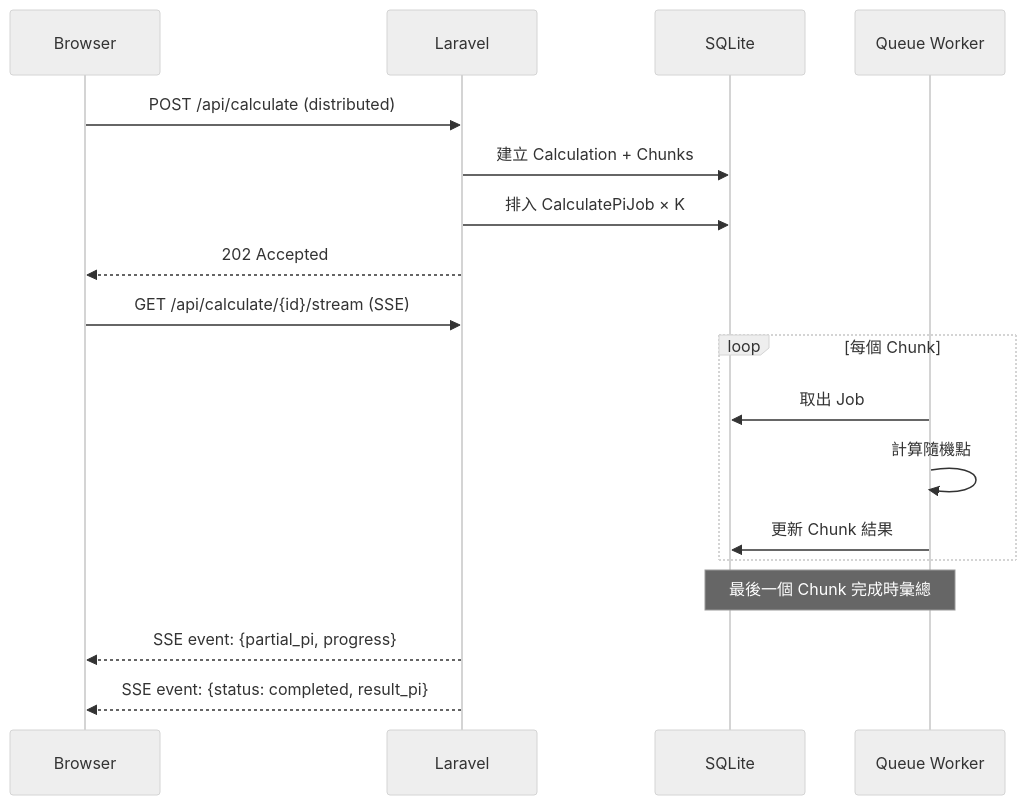
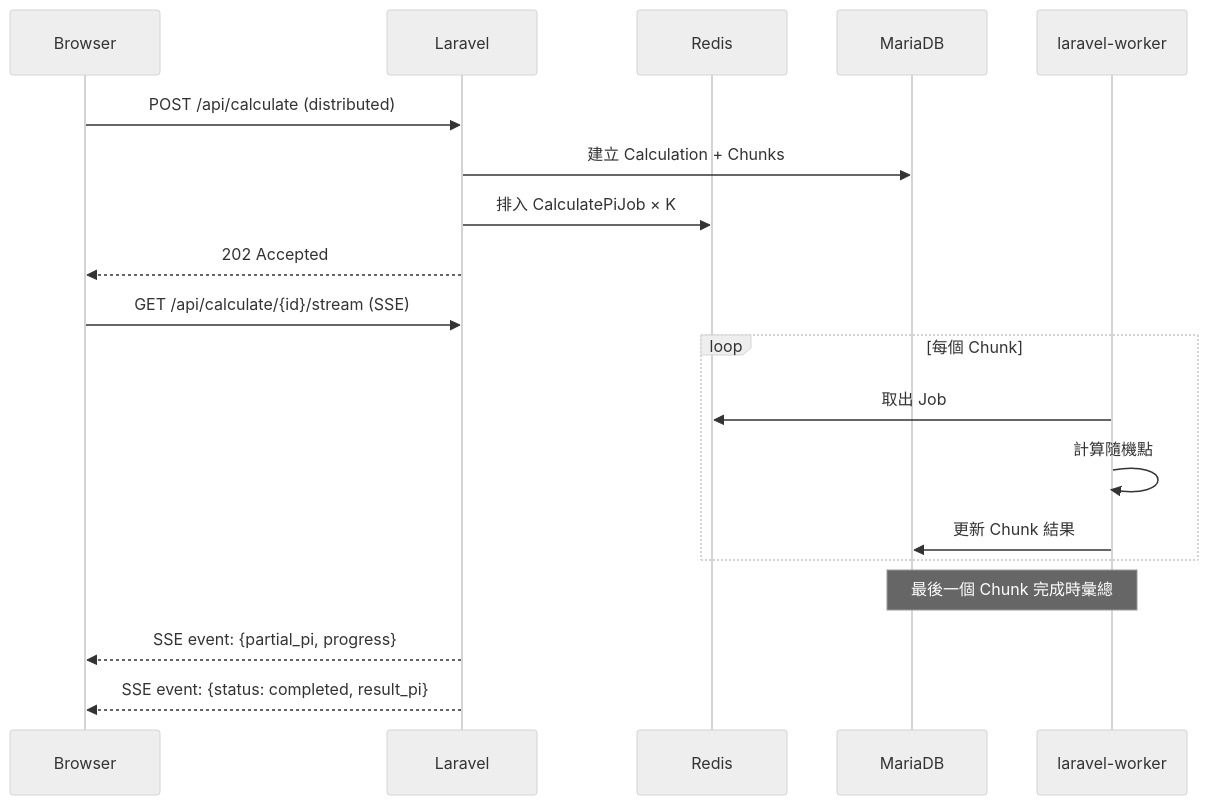
One commit to chang180/pi-k3s changed the third of 3 diagrams in docs/architecture.md. Above: the diagram before and after it, drawn with Mermaid (neutral theme). The commit also changed other lines of this file and 34 other files, not shown here.

Commit message:
Add worker HPA Redis production setup

````diff
--- a/docs/architecture.md
+++ b/docs/architecture.md
@@ -68,25 +67,26 @@
 ```mermaid
 sequenceDiagram
     participant Browser
     participant Laravel
-    participant DB as SQLite
-    participant Worker as Queue Worker
+    participant Redis
+    participant DB as MariaDB
+    participant Worker as laravel-worker
 
     Browser->>Laravel: POST /api/calculate (distributed)
     Laravel->>DB: 建立 Calculation + Chunks
-    Laravel->>DB: 排入 CalculatePiJob × K
+    Laravel->>Redis: 排入 CalculatePiJob × K
     Laravel-->>Browser: 202 Accepted
 
     Browser->>Laravel: GET /api/calculate/{id}/stream (SSE)
 
     loop 每個 Chunk
-        Worker->>DB: 取出 Job
+        Worker->>Redis: 取出 Job
         Worker->>Worker: 計算隨機點
         Worker->>DB: 更新 Chunk 結果
     end
 
     Note over Worker,DB: 最後一個 Chunk 完成時彙總
 
     Laravel-->>Browser: SSE event: {partial_pi, progress}
     Laravel-->>Browser: SSE event: {status: completed, result_pi}
 ```
````
